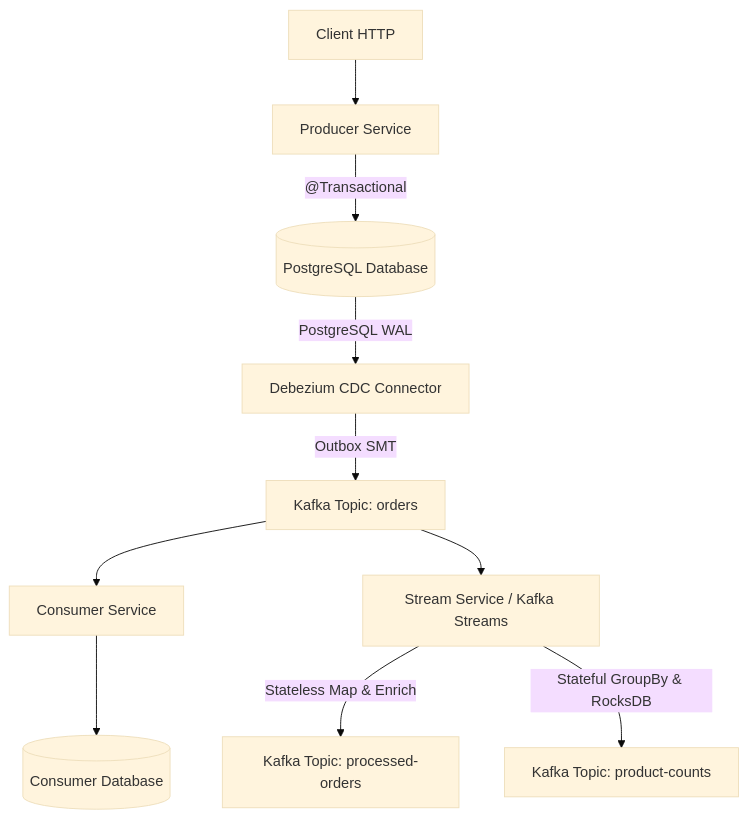
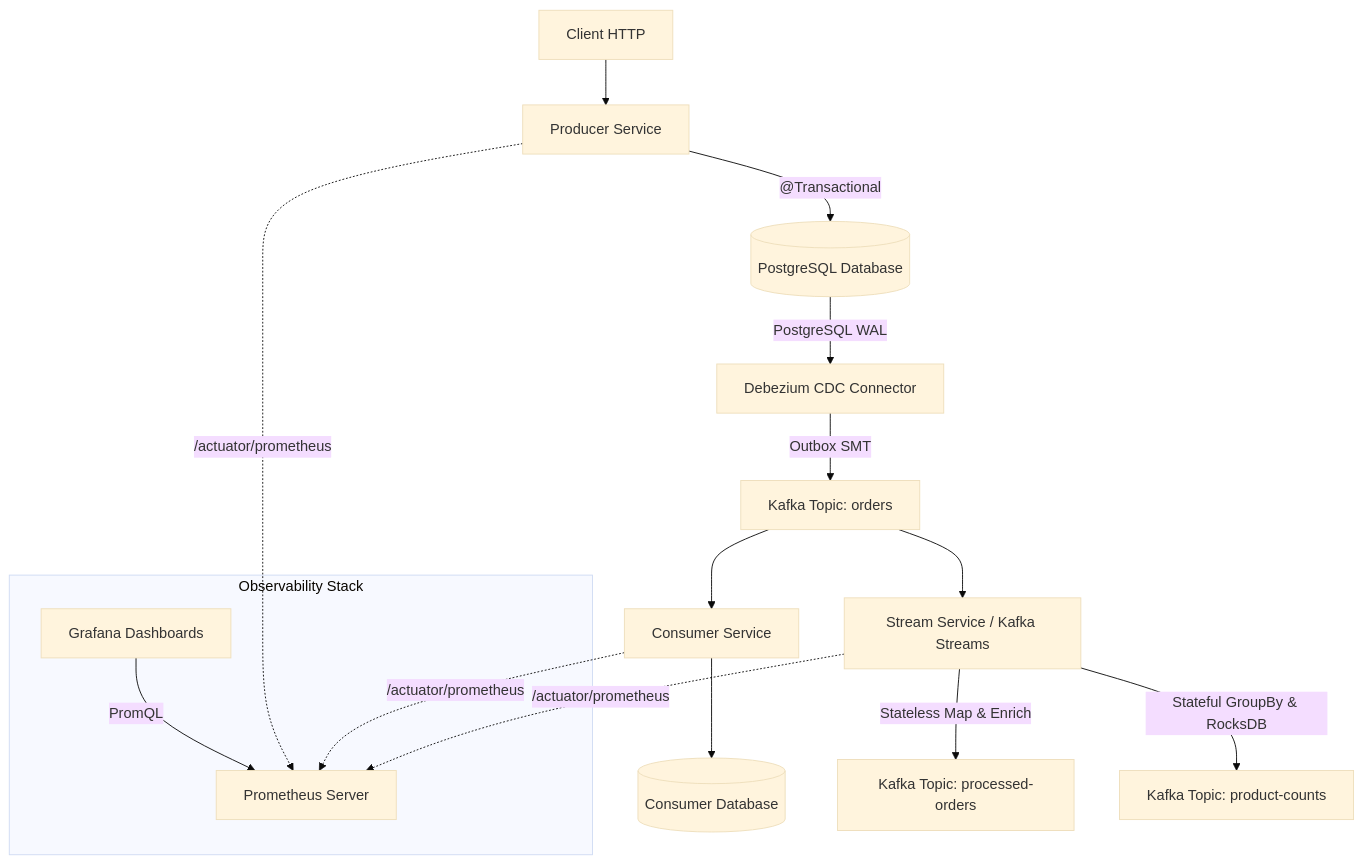
Before and after one commit to yunusbaskan04/bigdataapp-event_platform-advanced: the diagram in README.md, drawn with Mermaid (base theme). The commit also changed other lines of this file and 11 other files, not shown here.

Commit message:
feat(sprint-11): add monitoring and observability with prometheus and grafana

````diff
--- a/README.md
+++ b/README.md
@@ -46,14 +46,24 @@
 ```mermaid
 flowchart TD
     Client[Client HTTP] --> Producer[Producer Service]
     Producer -->|"@Transactional"| DB[(PostgreSQL Database)]
     DB -->|"PostgreSQL WAL"| Debezium[Debezium CDC Connector]
     Debezium -->|"Outbox SMT"| OrdersTopic["Kafka Topic: orders"]
     
     OrdersTopic --> Consumer[Consumer Service]
     Consumer --> ConsumerDB[(Consumer Database)]
 
     OrdersTopic --> Stream["Stream Service / Kafka Streams"]
     Stream -->|"Stateless Map & Enrich"| ProcessedTopic["Kafka Topic: processed-orders"]
     Stream -->|"Stateful GroupBy & RocksDB"| CountsTopic["Kafka Topic: product-counts"]
+
+    subgraph Observability ["Observability Stack"]
+        Prometheus[Prometheus Server]
+        Grafana[Grafana Dashboards]
+        Grafana -->|"PromQL"| Prometheus
+    end
+
+    Producer -.->|"/actuator/prometheus"| Prometheus
+    Consumer -.->|"/actuator/prometheus"| Prometheus
+    Stream -.->|"/actuator/prometheus"| Prometheus
 ```
````
